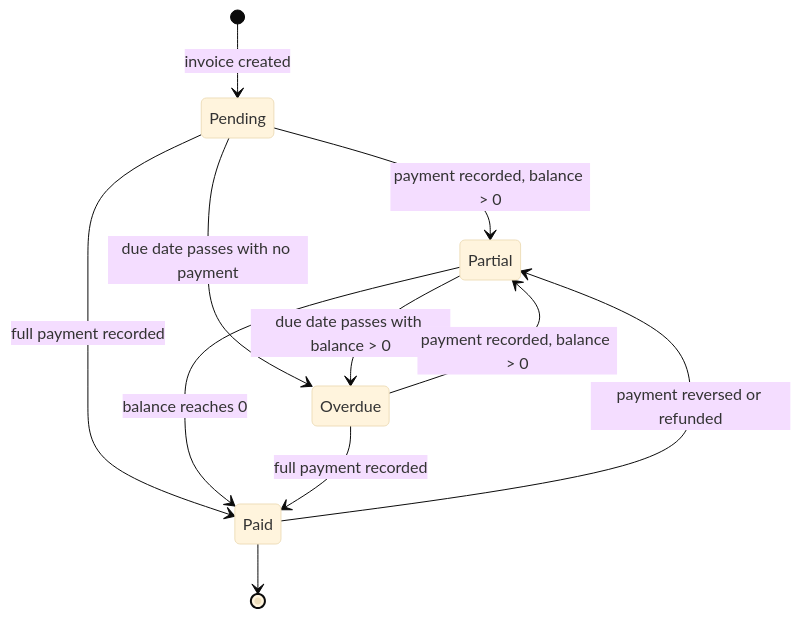
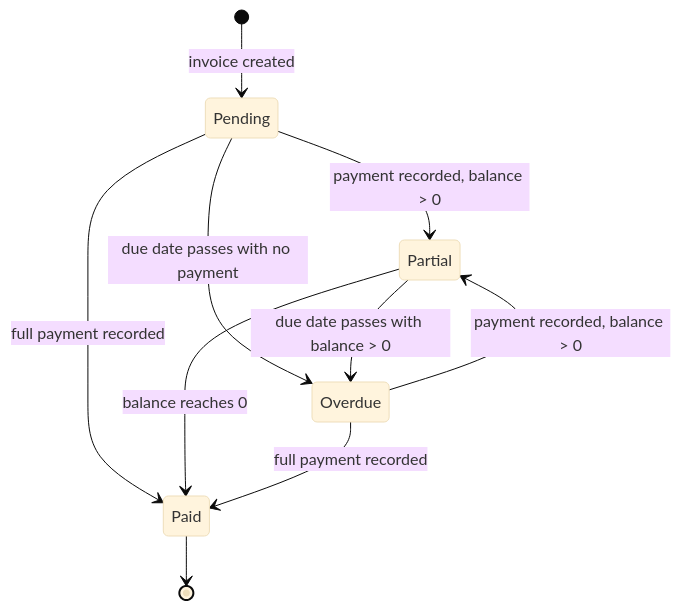
One commit to elimuborasolutions/docs changed the first of 3 diagrams in modules/finance.mdx. Above: the diagram before and after it, drawn with Mermaid (base theme). The commit also changed other lines of this file, not shown here.

````diff
--- a/modules/finance.mdx
+++ b/modules/finance.mdx
@@ -469,13 +441,12 @@
 ```mermaid
 stateDiagram-v2
     [*] --> Pending: invoice created
     Pending --> Partial: payment recorded, balance > 0
     Pending --> Paid: full payment recorded
     Pending --> Overdue: due date passes with no payment
     Partial --> Paid: balance reaches 0
     Partial --> Overdue: due date passes with balance > 0
     Overdue --> Partial: payment recorded, balance > 0
     Overdue --> Paid: full payment recorded
-    Paid --> Partial: payment reversed or refunded
     Paid --> [*]
 ```
````
